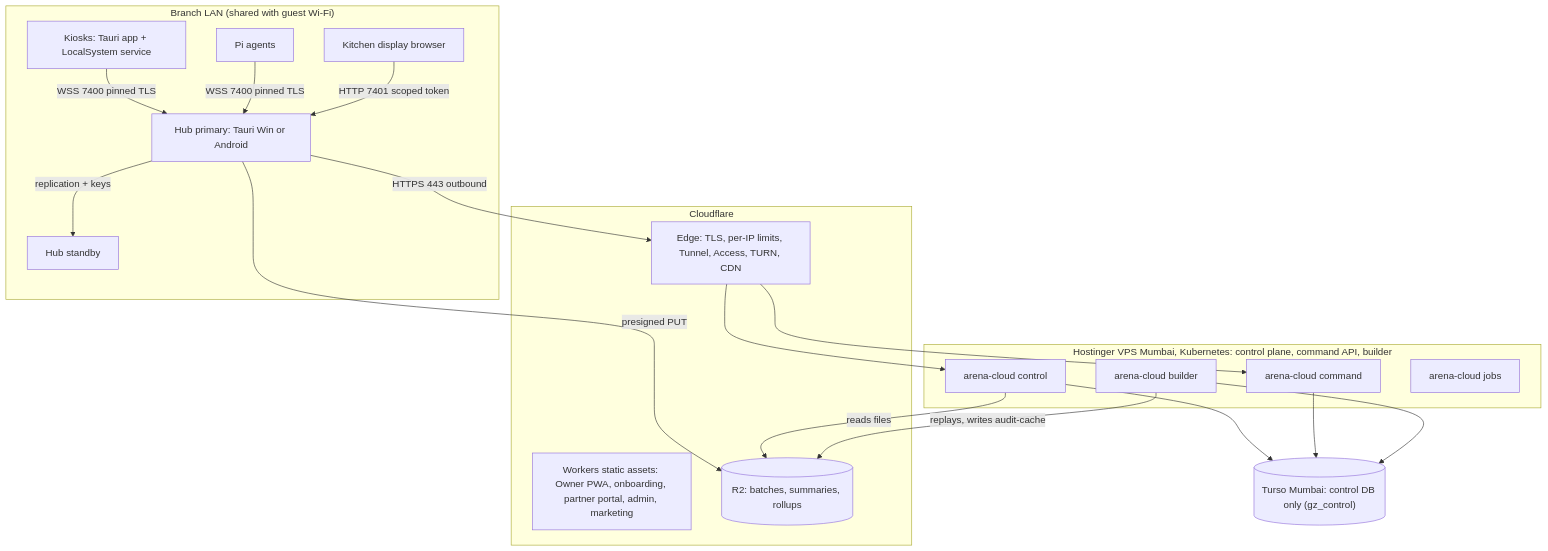
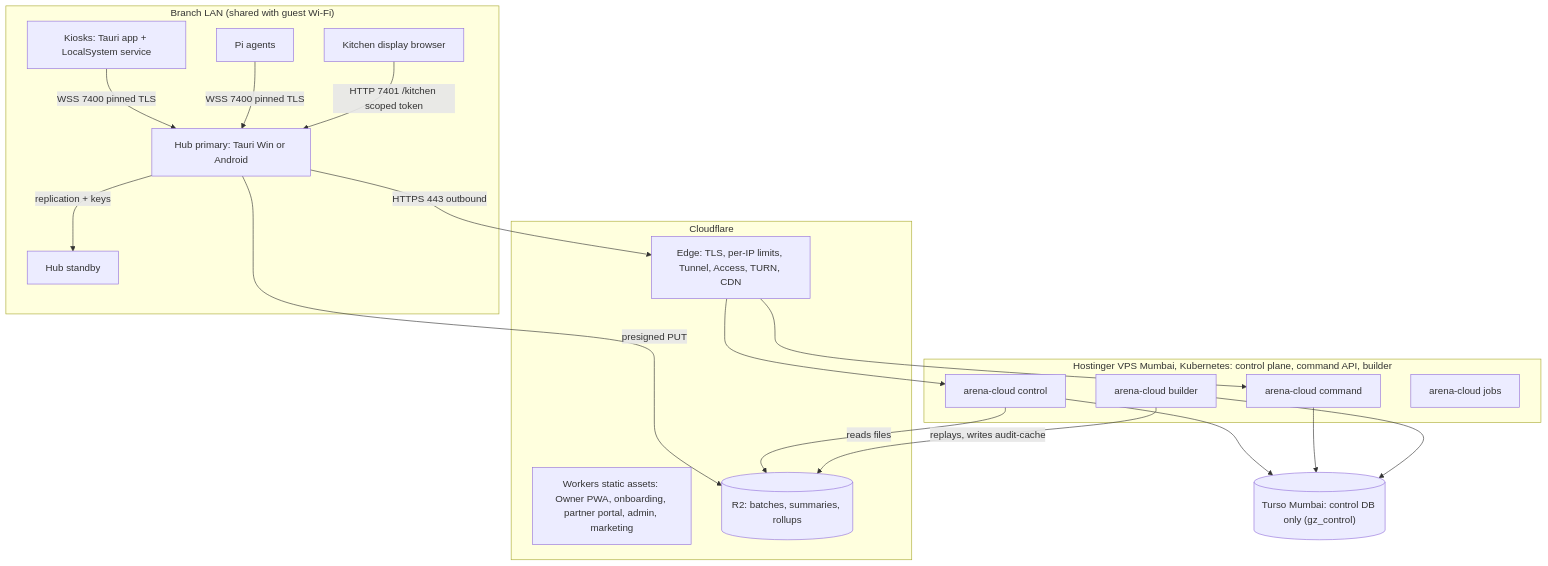
One commit to harishmahamure/Arena360-Gaming-Cafe-OS- changed the second of 3 diagrams in docs/Arena360 — High-Level Design.md. Above: the diagram before and after it, drawn with Mermaid. The commit also changed other lines of this file and 58 other files, not shown here.

````diff
--- a/docs/Arena360 — High-Level Design.md
+++ b/docs/Arena360 — High-Level Design.md
@@ -108,35 +110,35 @@
 ```mermaid
 flowchart TB
   subgraph Branch["Branch LAN (shared with guest Wi-Fi)"]
     HubP["Hub primary: Tauri Win or Android"]
     HubS["Hub standby"]
     K["Kiosks: Tauri app + LocalSystem service"]
     P["Pi agents"]
     KDS["Kitchen display browser"]
     K -- "WSS 7400 pinned TLS" --> HubP
     P -- "WSS 7400 pinned TLS" --> HubP
-    KDS -- "HTTP 7401 scoped token" --> HubP
+    KDS -- "HTTP 7401 /kitchen scoped token" --> HubP
     HubP -- "replication + keys" --> HubS
   end
   subgraph CF["Cloudflare"]
     Edge["Edge: TLS, per-IP limits, Tunnel, Access, TURN, CDN"]
     W["Workers static assets: Owner PWA, onboarding, partner portal, admin, marketing"]
     R2[("R2: batches, summaries, rollups")]
   end
   subgraph VPS["Hostinger VPS Mumbai, Kubernetes: control plane, command API, builder"]
     Ctl["arena-cloud control"]
     Cmd["arena-cloud command"]
     Bld["arena-cloud builder"]
     Jobs["arena-cloud jobs"]
   end
   Turso[("Turso Mumbai: control DB only (gz_control)")]
   HubP -- "HTTPS 443 outbound" --> Edge
   Edge --> Ctl
   Edge --> Cmd
   HubP -- "presigned PUT" --> R2
   Ctl --> Turso
   Cmd --> Turso
   Bld --> Turso
   Ctl -- "reads files" --> R2
   Bld -- "replays, writes audit-cache" --> R2
 ```
````
